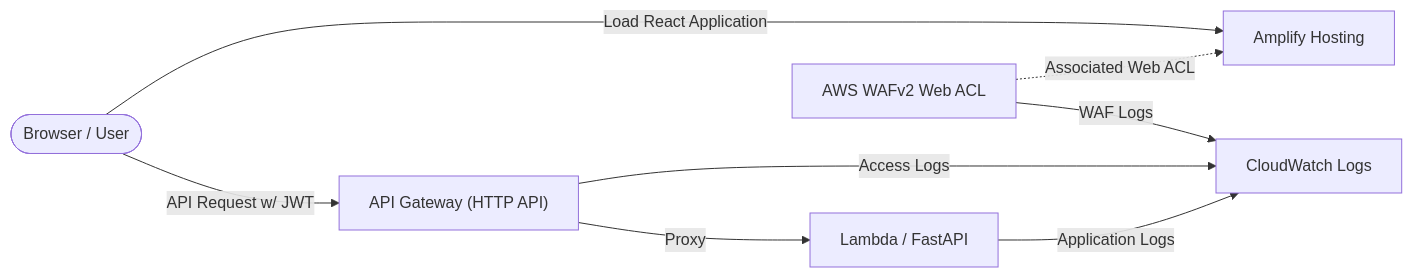
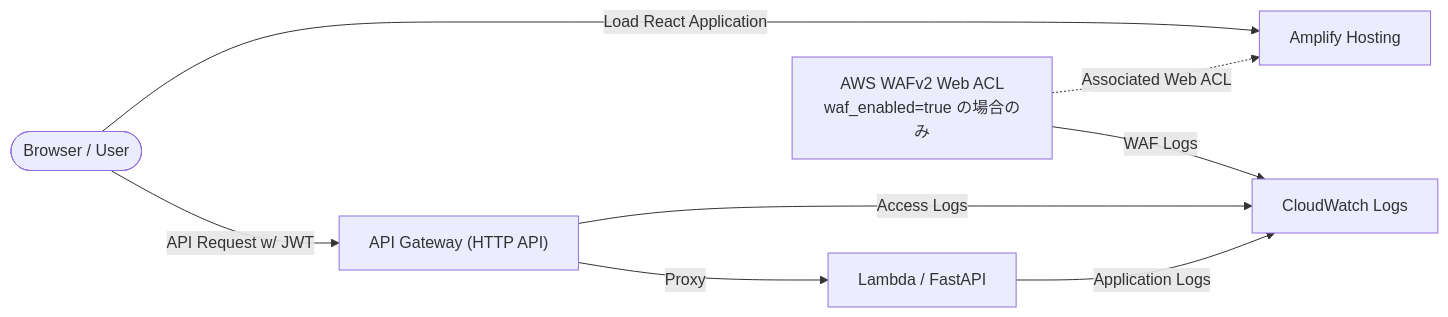
Before and after one commit to tayutaedomo/react-cognito-sandbox: the second of 2 diagrams in docs/architecture.md, drawn with Mermaid. The commit also changed other lines of this file and 5 other files, not shown here.

````diff
--- a/docs/architecture.md
+++ b/docs/architecture.md
@@ -70,17 +70,17 @@
 ```mermaid
 flowchart LR
     Browser([Browser / User])
     Hosting["Amplify Hosting"]
-    WAF["AWS WAFv2 Web ACL"]
+    WAF["AWS WAFv2 Web ACL<br/>waf_enabled=true の場合のみ"]
     API["API Gateway (HTTP API)"]
     Backend["Lambda / FastAPI"]
     Logs["CloudWatch Logs"]
 
     Browser -->|Load React Application| Hosting
     WAF -.->|Associated Web ACL| Hosting
     Browser -->|API Request w/ JWT| API
     API -->|Proxy| Backend
     WAF -->|WAF Logs| Logs
     API -->|Access Logs| Logs
     Backend -->|Application Logs| Logs
 ```
````
